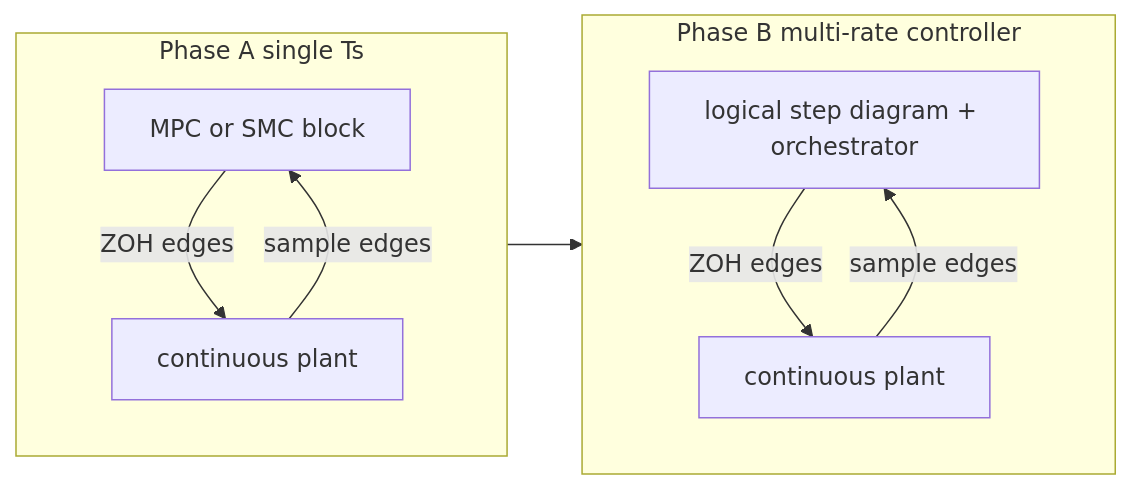
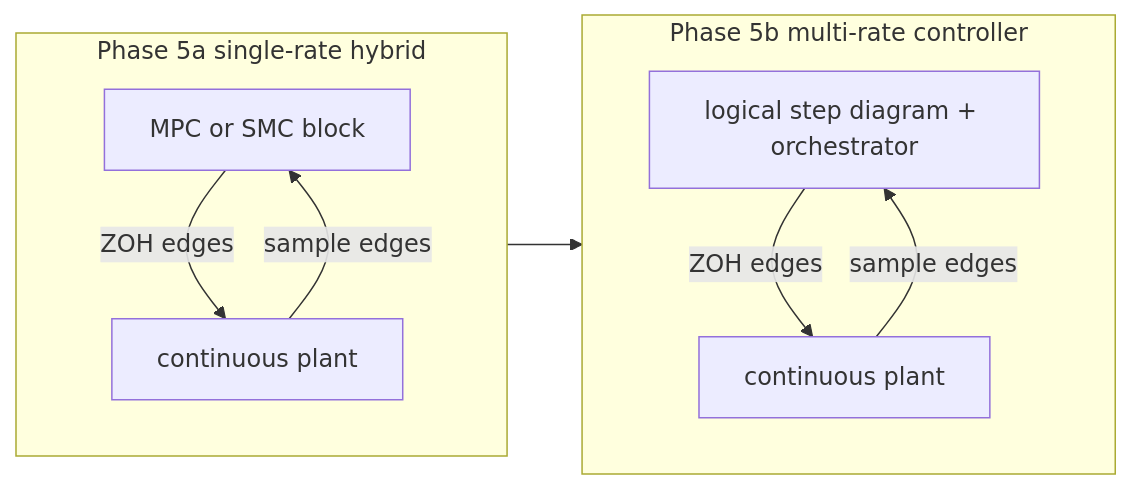
One commit to alx87grd/minilink changed the first of 4 diagrams in docs/plans/hybrid-discrete-simulation.md. Above: the diagram before and after it, drawn with Mermaid. The commit also changed other lines of this file and 10 other files, not shown here.

````diff
--- a/docs/plans/hybrid-discrete-simulation.md
+++ b/docs/plans/hybrid-discrete-simulation.md
@@ -266,18 +285,18 @@
 ```mermaid
 flowchart LR
-    subgraph phaseA [Phase A single Ts]
+    subgraph phase5a [Phase 5a single-rate hybrid]
         C1[MPC or SMC block]
         P1[continuous plant]
         C1 -->|ZOH edges| P1
         P1 -->|sample edges| C1
     end
 
-    subgraph phaseB [Phase B multi-rate controller]
+    subgraph phase5b [Phase 5b multi-rate controller]
         C2[logical step diagram + orchestrator]
         P2[continuous plant]
         C2 -->|ZOH edges| P2
         P2 -->|sample edges| C2
     end
 
-    phaseA --> phaseB
+    phase5a --> phase5b
 ```
````
